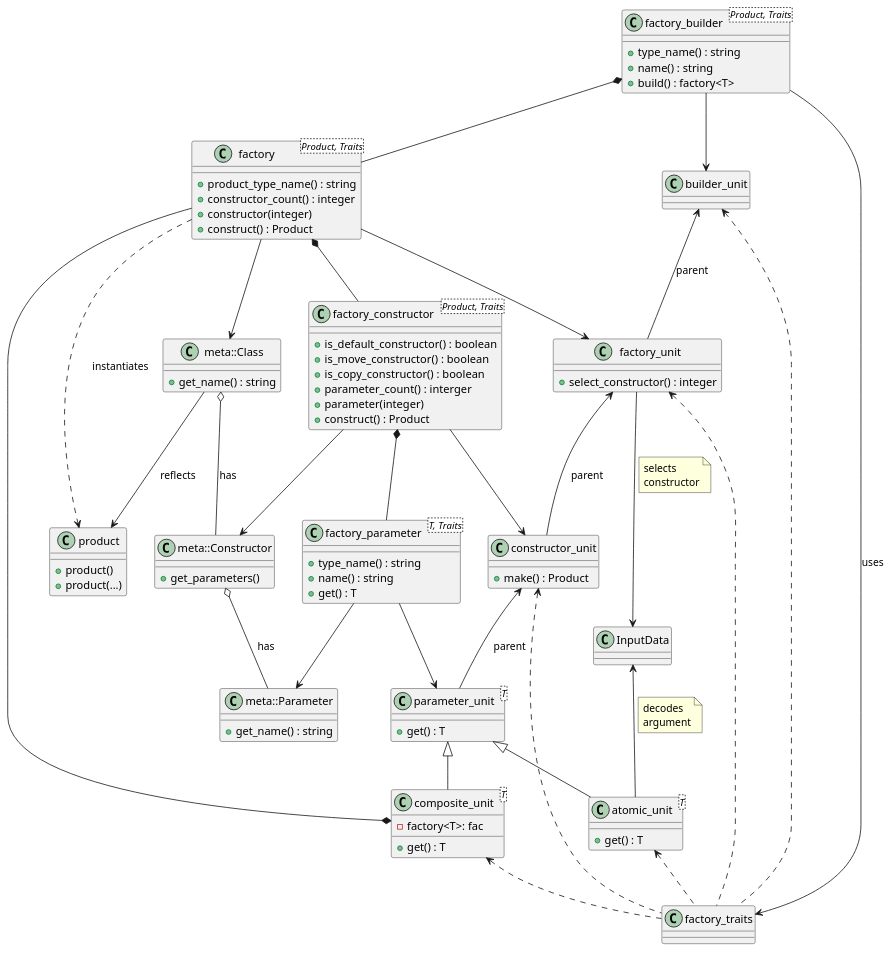
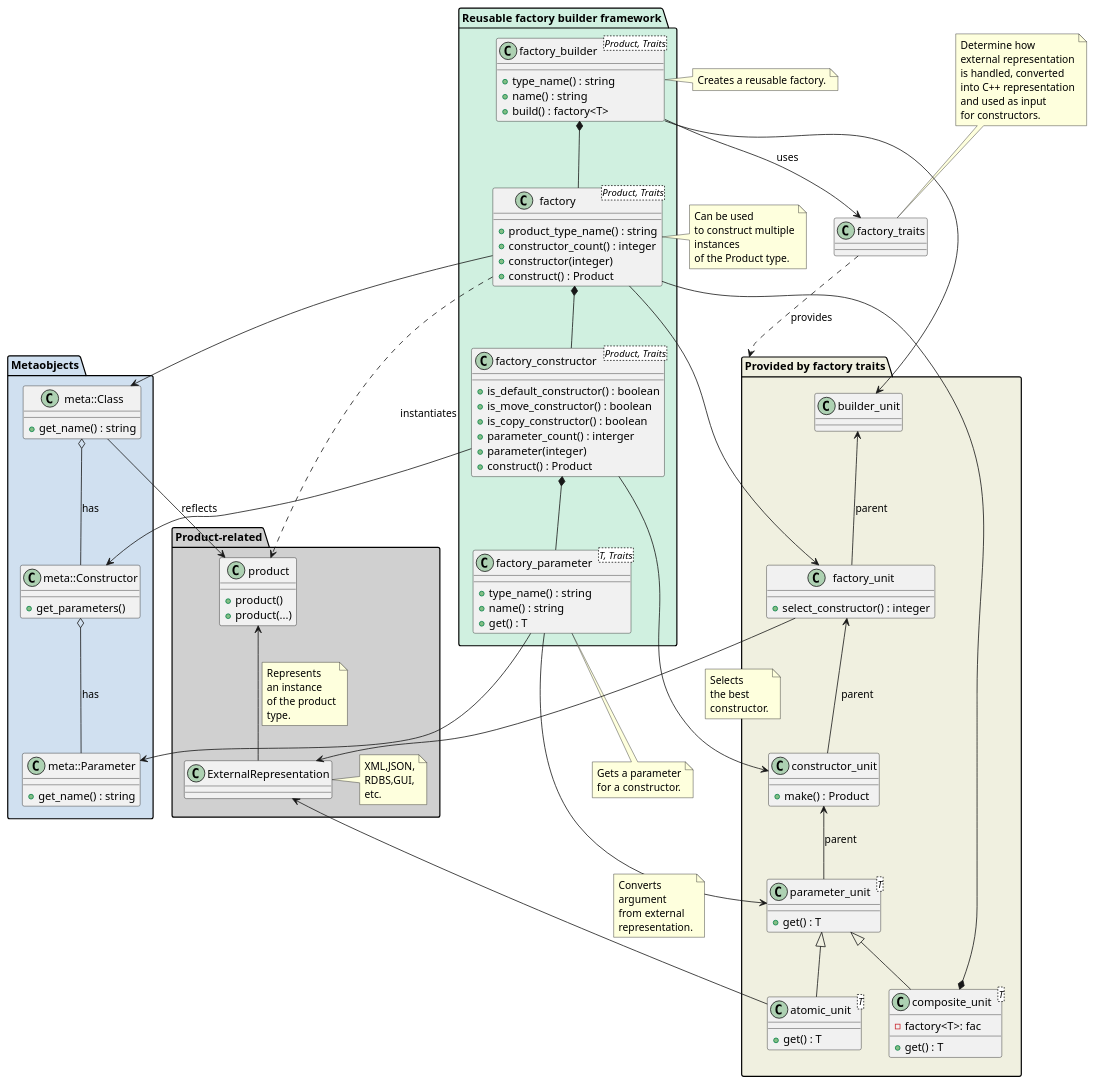
Before and after one commit to matus-chochlik/mirror: the diagram in doc/diagram/factory_generator.puml, drawn with PlantUML.

Commit message:
Updated the factory generator diagram

```diff
--- a/doc/diagram/factory_generator.puml
+++ b/doc/diagram/factory_generator.puml
@@ -1,117 +1,133 @@
 @startuml
-class meta::Parameter {
-    +get_name() : string
+
+package "Metaobjects" #D0E0F0 {
+	class meta::Parameter {
+		+get_name() : string
+	}
+
+	class meta::Constructor {
+		+get_parameters()
+	}
+
+	class meta::Class {
+		+get_name() : string
+	}
 }
 
-class meta::Constructor {
-    +get_parameters()
+package "Product-related" #D0D0D0 {
+	class product {
+		+product()
+		+product(...)
+	}
+
+	class ExternalRepresentation {
+	}
+
+	note right of ExternalRepresentation : XML,JSON,\nRDBS,GUI,\netc.
 }
 
-class meta::Class {
-    +get_name() : string
-    
+package "Reusable factory builder framework" #D0F0E0 {
+	class factory_builder<Product, Traits> {
+		+type_name() : string
+		+name() : string
+		+build() : factory<T>
+	}
+
+	class factory<Product, Traits> {
+		+product_type_name() : string
+		+constructor_count() : integer
+		+constructor(integer)
+		+construct() : Product
+	}
+
+	class factory_constructor<Product, Traits> {
+		+is_default_constructor() : boolean
+		+is_move_constructor() : boolean
+		+is_copy_constructor() : boolean
+		+parameter_count() : interger
+		+parameter(integer)
+		+construct() : Product
+	}
+
+	class factory_parameter<T, Traits> {
+		+type_name() : string
+		+name() : string
+		+get() : T
+	}
 }
 
-class InputData {
-}
+note left of factory_builder : Creates a reusable factory.
 
-class product {
-    +product()
-    +product(...)
-}
+note left of factory : Can be used\nto construct multiple\ninstances\nof the Product type.
 
-class factory_builder<Product, Traits> {
-    +type_name() : string
-    +name() : string
-    +build() : factory<T>
-}
-
-class factory<Product, Traits> {
-    +product_type_name() : string
-    +constructor_count() : integer
-    +constructor(integer)
-    +construct() : Product
-}
-
-
-class factory_constructor<Product, Traits> {
-    +is_default_constructor() : boolean
-    +is_move_constructor() : boolean
-    +is_copy_constructor() : boolean
-    +parameter_count() : interger
-    +parameter(integer)
-    +construct() : Product
-}
-
-class factory_parameter<T, Traits> {
-    +type_name() : string
-    +name() : string
-    +get() : T
-}
+note bottom of factory_parameter : Gets a parameter\nfor a constructor.
 
 class factory_traits {
 }
 
-class builder_unit {
-}
+note top of factory_traits : Determine how\nexternal representation\nis handled, converted\ninto C++ representation\nand used as input\nfor constructors.
 
-class factory_unit {
-    +select_constructor() : integer
-}
+package "Provided by factory traits" #F0F0E0 {
+	class builder_unit {
+	}
 
-class constructor_unit {
-    +make() : Product
-}
+	class factory_unit {
+		+select_constructor() : integer
+	}
 
-class parameter_unit<T> {
-    +get() : T
-}
+	class constructor_unit {
+		+make() : Product
+	}
 
-class atomic_unit<T> {
-    +get() : T
-}
+	class parameter_unit<T> {
+		+get() : T
+	}
 
-class composite_unit<T> {
-    -factory<T>: fac
-    +get() : T
+	class atomic_unit<T> {
+		+get() : T
+	}
+
+	class composite_unit<T> {
+		-factory<T>: fac
+		+get() : T
+	}
 }
 
 meta::Class o-- meta::Constructor : has
 meta::Constructor o-- meta::Parameter : has
 meta::Class --> product : reflects
+
+product <-- ExternalRepresentation
+note on link : Represents\nan instance\nof the product\ntype.
 
 factory_builder *-- factory
 factory_builder --> builder_unit
 factory *-- factory_constructor
 factory --> factory_unit
 factory ..> product : instantiates
 factory_constructor *-- factory_parameter
 factory_constructor --> constructor_unit
 factory_parameter --> parameter_unit
 
 factory --> meta::Class
 factory_constructor --> meta::Constructor
 factory_parameter --> meta::Parameter
 
-builder_unit <.. factory_traits
-factory_unit <.. factory_traits
-constructor_unit <.. factory_traits
-composite_unit <.. factory_traits
-atomic_unit <.. factory_traits
+factory_traits ..> "Provided by factory traits" : provides
 
 factory_builder --> factory_traits : uses
 
 parameter_unit <|-- atomic_unit
 parameter_unit <|-- composite_unit
 
 builder_unit <-- factory_unit : parent
 factory_unit <-- constructor_unit : parent
 constructor_unit <-- parameter_unit : parent
 factory --* composite_unit
 
-factory_unit --> InputData
-note on link : selects\nconstructor
+factory_unit --> ExternalRepresentation
+note on link : Selects\nthe best\nconstructor.
 
-InputData <-- atomic_unit
-note on link : decodes\nargument
+ExternalRepresentation <-- atomic_unit
+note on link : Converts\nargument\nfrom external\nrepresentation.
 @enduml
```
